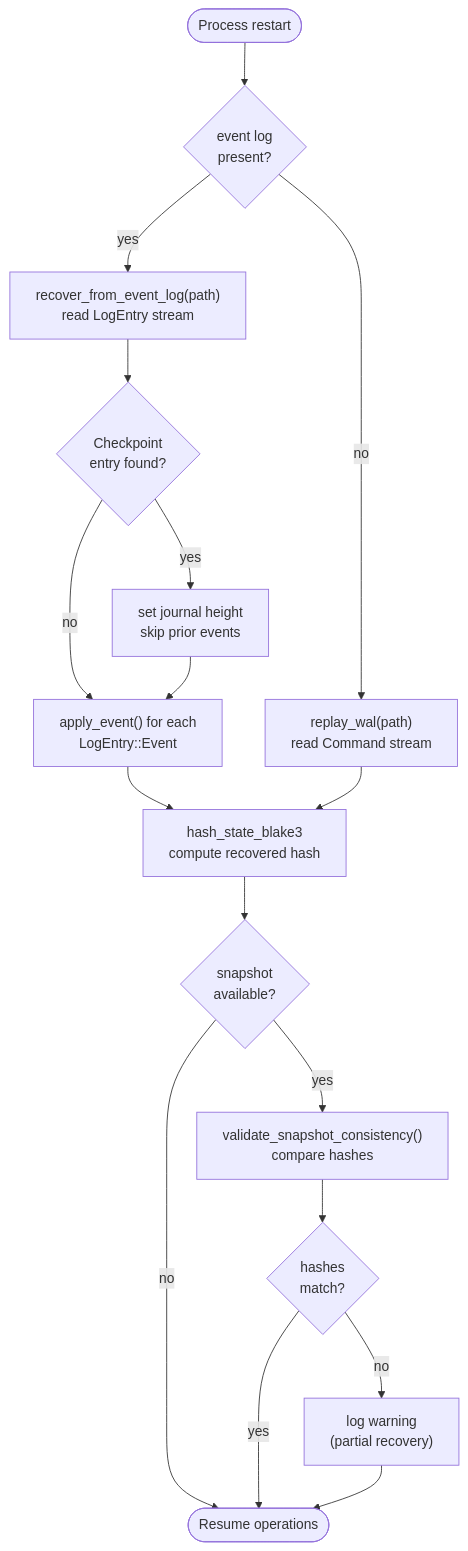
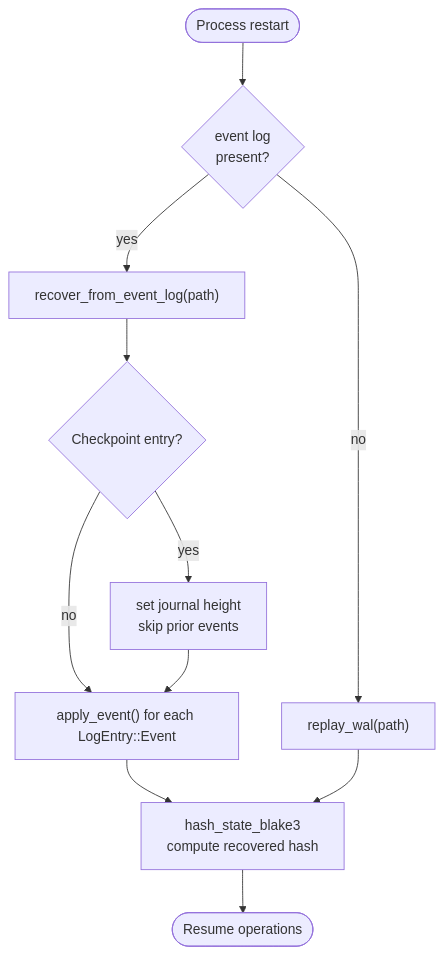
Before and after one commit to varshith-Git/Valori-Kernel: the seventh of 7 diagrams in architecture.md, drawn with Mermaid. The commit also changed other lines of this file and 29 other files, not shown here.

````diff
--- a/architecture.md
+++ b/architecture.md
@@ -985,27 +1102,13 @@
 ```mermaid
 flowchart TD
     START([Process restart]) --> CHK{event log<br/>present?}
-
-    CHK -->|yes| ELR["recover_from_event_log(path)<br/>read LogEntry stream"]
-    CHK -->|no| WALR["replay_wal(path)<br/>read Command stream"]
-
-    ELR --> CP{Checkpoint<br/>entry found?}
+    CHK -->|yes| ELR["recover_from_event_log(path)"]
+    CHK -->|no| WALR["replay_wal(path)"]
+    ELR --> CP{Checkpoint entry?}
     CP -->|yes| SKIP["set journal height<br/>skip prior events"]
     CP -->|no| APPLY
     SKIP --> APPLY
-
-    APPLY["apply_event() for each<br/>LogEntry::Event"] --> HASH1
-
+    APPLY["apply_event() for each LogEntry::Event"] --> HASH1
     WALR --> HASH1["hash_state_blake3<br/>compute recovered hash"]
-
-    HASH1 --> SNAP{snapshot<br/>available?}
-    SNAP -->|yes| VALID["validate_snapshot_consistency()<br/>compare hashes"]
-    SNAP -->|no| RESUME
-
-    VALID --> MATCH{hashes<br/>match?}
-    MATCH -->|yes| RESUME
-    MATCH -->|no| WARN["log warning<br/>(partial recovery)"]
-    WARN --> RESUME
-
-    RESUME([Resume operations])
+    HASH1 --> RESUME([Resume operations])
 ```
````
